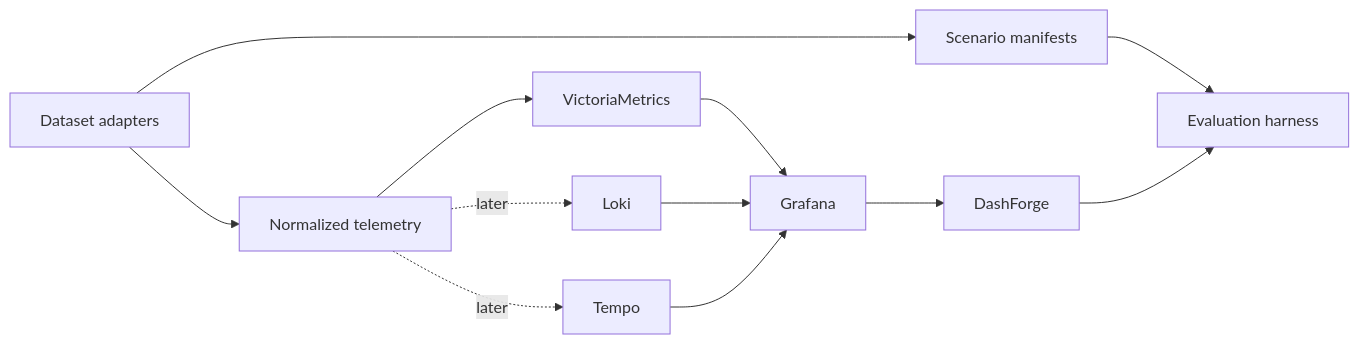
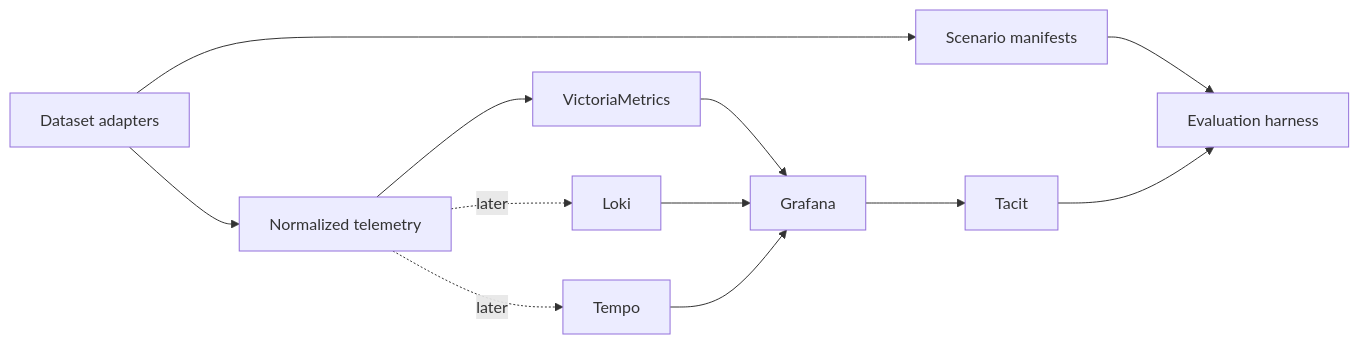
The diagram in docs/telemetry-dataset-testing-roadmap.md (aditki/tacit), drawn with Mermaid before and after one commit. The commit also changed other lines of this file and 338 other files, not shown here.

````diff
--- a/docs/telemetry-dataset-testing-roadmap.md
+++ b/docs/telemetry-dataset-testing-roadmap.md
@@ -20,14 +20,14 @@
 ```mermaid
 flowchart LR
     A[Dataset adapters] --> B[Normalized telemetry]
     A --> C[Scenario manifests]
     B --> D[VictoriaMetrics]
     B -. later .-> E[Loki]
     B -. later .-> F[Tempo]
     D --> G[Grafana]
     E --> G
     F --> G
-    G --> H[DashForge]
+    G --> H[Tacit]
     C --> I[Evaluation harness]
     H --> I
 ```
````
